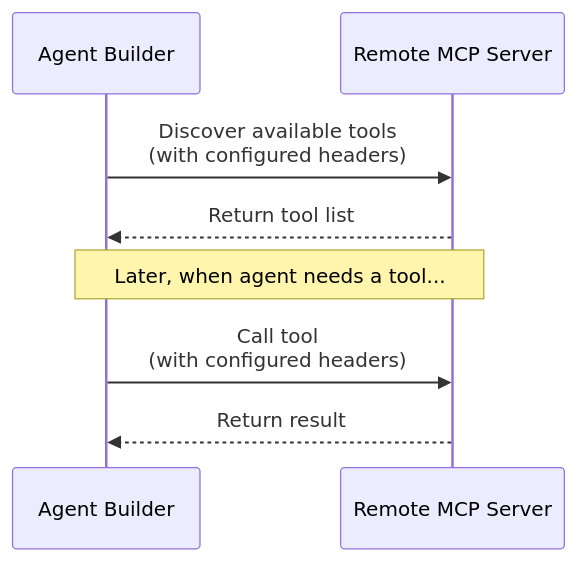
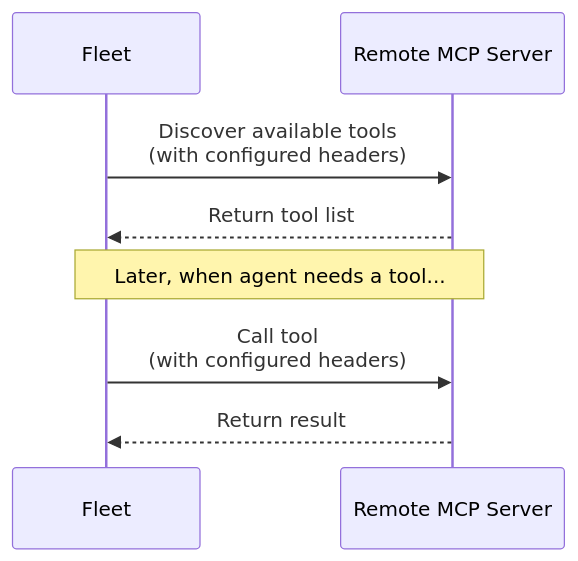
Before and after one commit to ruiyuwg/anytext: the diagram in registry/docs/langchain/remote-mcp-servers.md, drawn with Mermaid. The commit also changed other lines of this file and 37118 other files, not shown here.

````diff
--- a/registry/docs/langchain/remote-mcp-servers.md
+++ b/registry/docs/langchain/remote-mcp-servers.md
@@ -27,13 +27,13 @@
 ```mermaid theme={"theme":{"light":"catppuccin-latte","dark":"catppuccin-mocha"}}
 sequenceDiagram
-    participant Agent as Agent Builder
+    participant Agent as Fleet
     participant MCP as Remote MCP Server
 
     Agent->>MCP: Discover available tools<br/>(with configured headers)
     MCP-->>Agent: Return tool list
 
     Note over Agent,MCP: Later, when agent needs a tool...
 
     Agent->>MCP: Call tool<br/>(with configured headers)
     MCP-->>Agent: Return result
 ```
````
